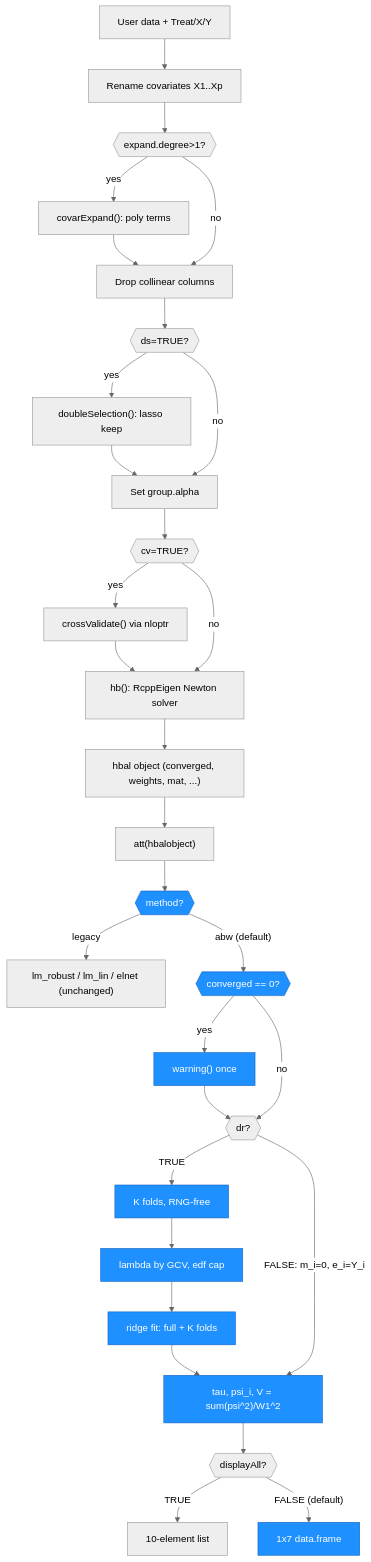
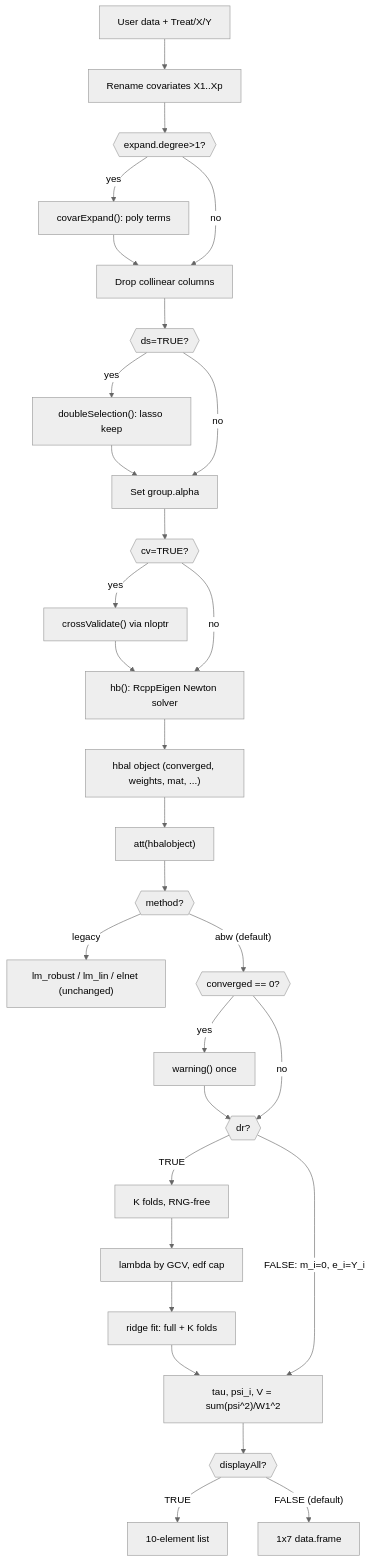
Before and after one commit to xuyiqing/hbal: the third of 3 diagrams in ARCHITECTURE.md, drawn with Mermaid. The commit also changed other lines of this file, not shown here.

````diff
--- a/ARCHITECTURE.md
+++ b/ARCHITECTURE.md
@@ -212,68 +226,59 @@
 ```mermaid
 %%{init: {'theme': 'neutral'}}%%
 graph TD
     IN["User data + Treat/X/Y"]
     REN["Rename covariates X1..Xp"]
     EXP{{"expand.degree>1?"}}
     SERIES["covarExpand(): poly terms"]
     COLLIN["Drop collinear columns"]
     DSQ{{"ds=TRUE?"}}
     DSEL["doubleSelection(): lasso keep"]
     PEN["Set group.alpha"]
     CVQ{{"cv=TRUE?"}}
     CVAL["crossValidate() via nloptr"]
     SOLVE["hb(): RcppEigen Newton solver"]
     HOBJ["hbal object (converged, weights, mat, ...)"]
     ATTCALL["att(hbalobject)"]
     MQ{{"method?"}}
     LEG["lm_robust / lm_lin / elnet (unchanged)"]
     CONV{{"converged == 0?"}}
     WARN["warning() once"]
     DRQ{{"dr?"}}
     FOLDS["K folds, RNG-free"]
     LAMB["lambda by GCV, edf cap"]
     FITS["ridge fit: full + K folds"]
     MOM["tau, psi_i, V = sum(psi^2)/W1^2"]
     DAQ{{"displayAll?"}}
     LIST["10-element list"]
     TAB["1x7 data.frame"]
 
     IN --> REN
     REN --> EXP
     EXP -- yes --> SERIES
     SERIES --> COLLIN
     EXP -- no --> COLLIN
     COLLIN --> DSQ
     DSQ -- yes --> DSEL
     DSEL --> PEN
     DSQ -- no --> PEN
     PEN --> CVQ
     CVQ -- yes --> CVAL
     CVAL --> SOLVE
     CVQ -- no --> SOLVE
     SOLVE --> HOBJ
     HOBJ --> ATTCALL
     ATTCALL --> MQ
     MQ -- "legacy" --> LEG
     MQ -- "abw (default)" --> CONV
     CONV -- yes --> WARN
     WARN --> DRQ
     CONV -- no --> DRQ
     DRQ -- "TRUE" --> FOLDS
     FOLDS --> LAMB
     LAMB --> FITS
     FITS --> MOM
     DRQ -- "FALSE: m_i=0, e_i=Y_i" --> MOM
     MOM --> DAQ
     DAQ -- TRUE --> LIST
     DAQ -- "FALSE (default)" --> TAB
-
-    style MQ fill:#1e90ff,stroke:#1565c0,color:#fff
-    style CONV fill:#1e90ff,stroke:#1565c0,color:#fff
-    style WARN fill:#1e90ff,stroke:#1565c0,color:#fff
-    style FOLDS fill:#1e90ff,stroke:#1565c0,color:#fff
-    style LAMB fill:#1e90ff,stroke:#1565c0,color:#fff
-    style FITS fill:#1e90ff,stroke:#1565c0,color:#fff
-    style MOM fill:#1e90ff,stroke:#1565c0,color:#fff
-    style TAB fill:#1e90ff,stroke:#1565c0,color:#fff
 ```
````
